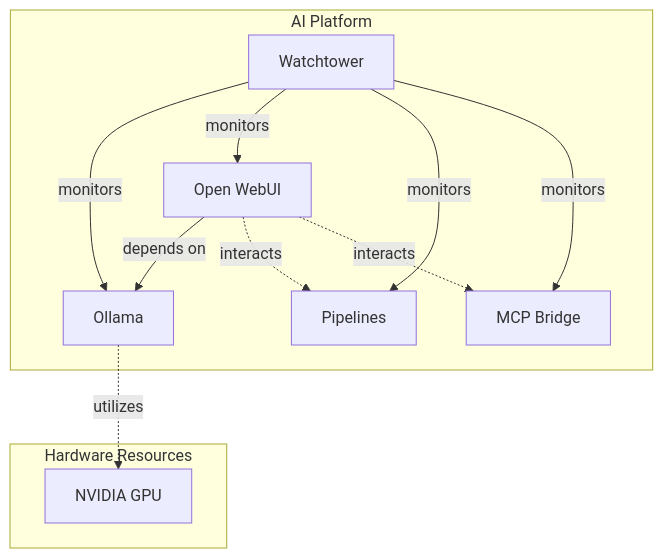
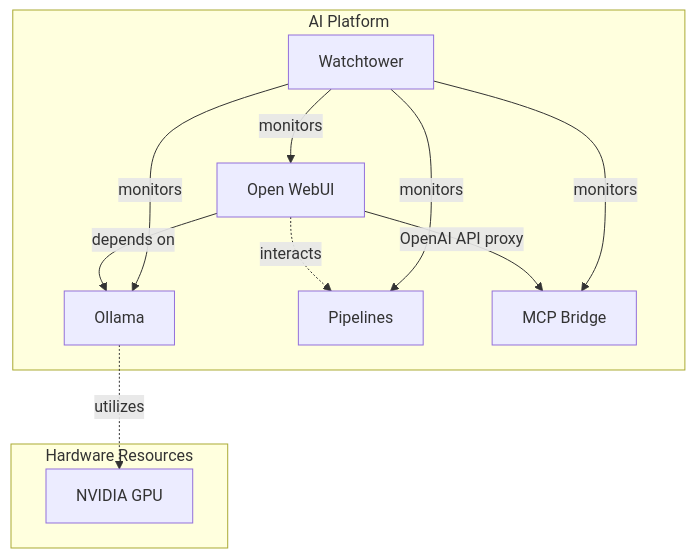
Before and after one commit to aaronsb/ai_platform: the first of 3 diagrams in README.md, drawn with Mermaid. The commit also changed other lines of this file and 2 other files, not shown here.

First line of the commit message:
[docs] Update architecture diagrams and add REST endpoint details

````diff
--- a/README.md
+++ b/README.md
@@ -6,24 +6,24 @@
 ```mermaid
 graph TB
     subgraph AI_Platform["AI Platform"]
         O[Ollama]
         W[Open WebUI]
         P[Pipelines]
         M[MCP Bridge]
         WT[Watchtower]
         
         W -->|depends on| O
+        W -->|OpenAI API proxy| M
         W -.->|interacts| P
-        W -.->|interacts| M
         WT -->|monitors| O
         WT -->|monitors| W
         WT -->|monitors| P
         WT -->|monitors| M
     end
 
     subgraph Hardware["Hardware Resources"]
         GPU[NVIDIA GPU]
     end
     
     O -.->|utilizes| GPU
 ```
````
